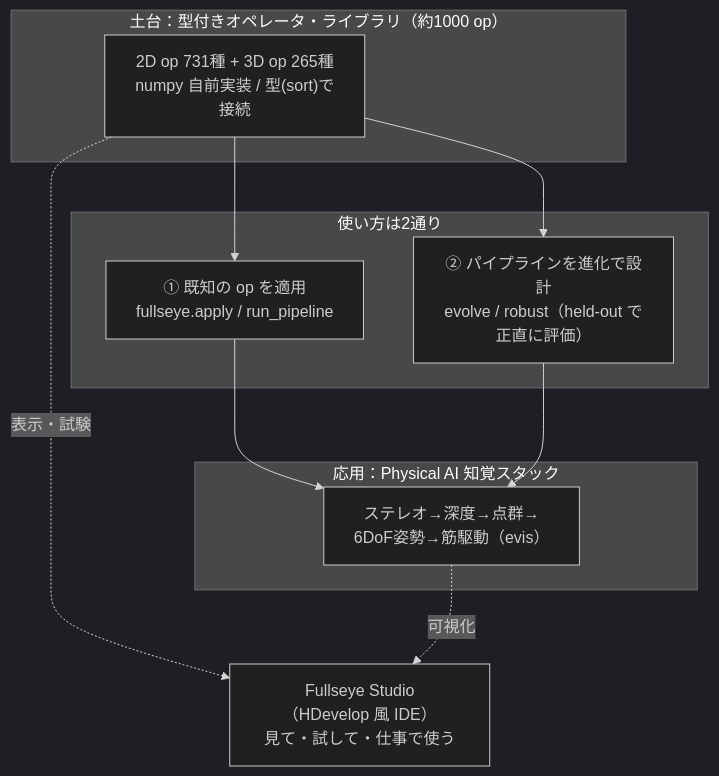
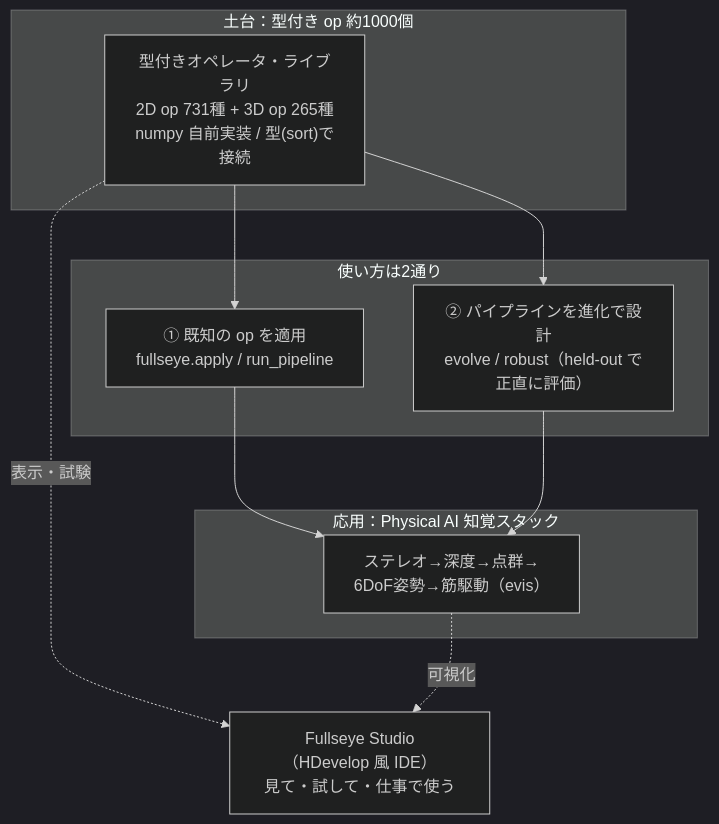
Before and after one commit to furuse-kazufumi/fullseye: the first of 3 diagrams in docs/articles/fullseye_overview_qiita_ja.md, drawn with Mermaid (dark theme).

Commit message:
auto: fullseye_overview_qiita_en.md 編集前 (2026-08-30 20:45)

````diff
--- a/docs/articles/fullseye_overview_qiita_ja.md
+++ b/docs/articles/fullseye_overview_qiita_ja.md
@@ -150,19 +150,19 @@
 ```mermaid
 flowchart TB
-    subgraph L0["土台：型付きオペレータ・ライブラリ（約1000 op）"]
-        OPS["2D op 731種 + 3D op 265種<br/>numpy 自前実装 / 型(sort)で接続"]
+    subgraph L0["土台：型付き op 約1000個"]
+        OPS["型付きオペレータ・ライブラリ<br/>2D op 731種 + 3D op 265種<br/>numpy 自前実装 / 型(sort)で接続"]
     end
     subgraph L1["使い方は2通り"]
         APPLY["① 既知の op を適用<br/>fullseye.apply / run_pipeline"]
         EVO["② パイプラインを進化で設計<br/>evolve / robust（held-out で正直に評価）"]
     end
     subgraph L2["応用：Physical AI 知覚スタック"]
         PERC["ステレオ→深度→点群→<br/>6DoF姿勢→筋駆動（evis）"]
     end
     STUDIO["Fullseye Studio（HDevelop 風 IDE）<br/>見て・試して・仕事で使う"]
 
     OPS --> APPLY --> PERC
     OPS --> EVO --> PERC
     OPS -.表示・試験.-> STUDIO
     PERC -.可視化.-> STUDIO
 ```
````
